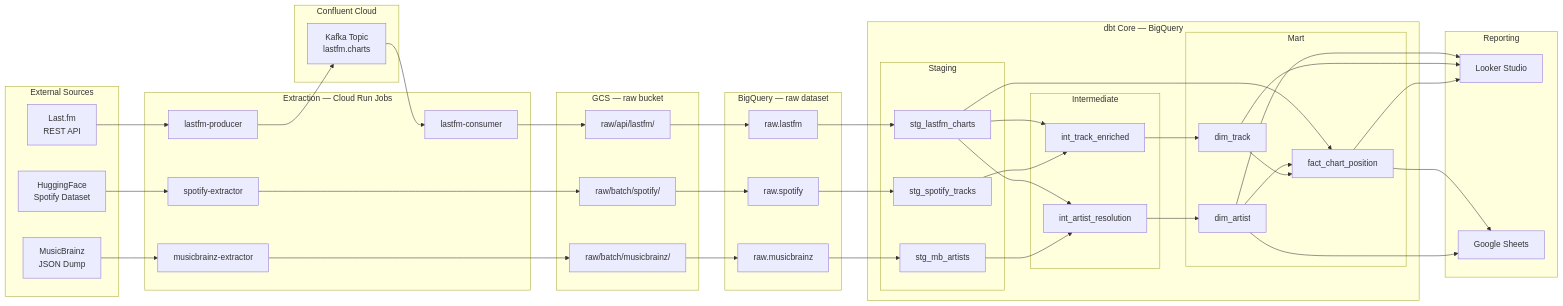
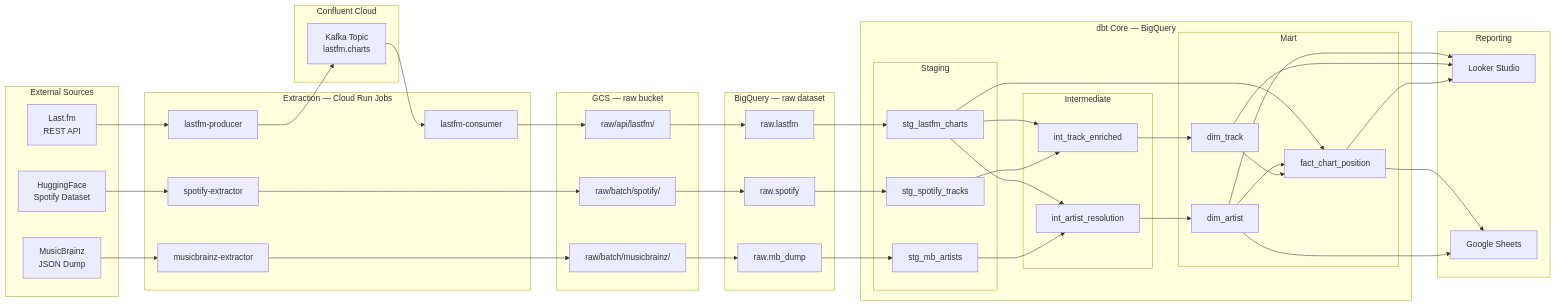
Before and after one commit to dbryne03/gcp-music-0001: the first of 3 diagrams in TDD.md, drawn with Mermaid. The commit also changed other lines of this file and 1 other file, not shown here.

```diff
--- a/TDD.md
+++ b/TDD.md
@@ -80,7 +80,7 @@
 
     subgraph BQR["BigQuery — raw dataset"]
         BQLASTFM["raw.lastfm"]
-        BQMB["raw.musicbrainz"]
+        BQMB["raw.mb_dump"]
         BQSP["raw.spotify"]
     end
 
```
